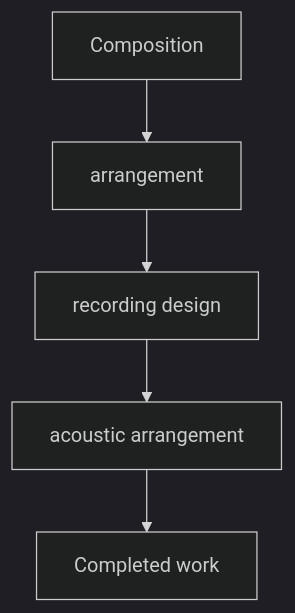
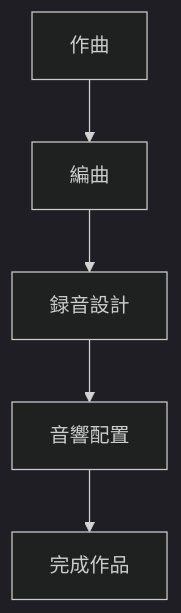
One commit to monumental-movement/monumental-movement.github.io changed the third of 6 diagrams in en/_posts/2026-03-21-column-esquivel.md. Above: the diagram before and after it, drawn with Mermaid (dark theme). The commit also changed other lines of this file and 2196 other files, not shown here.

```diff
--- a/en/_posts/2026-03-21-column-esquivel.md
+++ b/en/_posts/2026-03-21-column-esquivel.md
@@ -130,7 +130,7 @@
 <div class="mermaid">
 graph TD
-A[Composition] --> B[arrangement]
-B --> C[recording design]
-C --> D[acoustic arrangement]
-D --> E[Completed work]
+A[作曲] --> B[編曲]
+B --> C[録音設計]
+C --> D[音響配置]
+D --> E[完成作品]
 </div>
```
